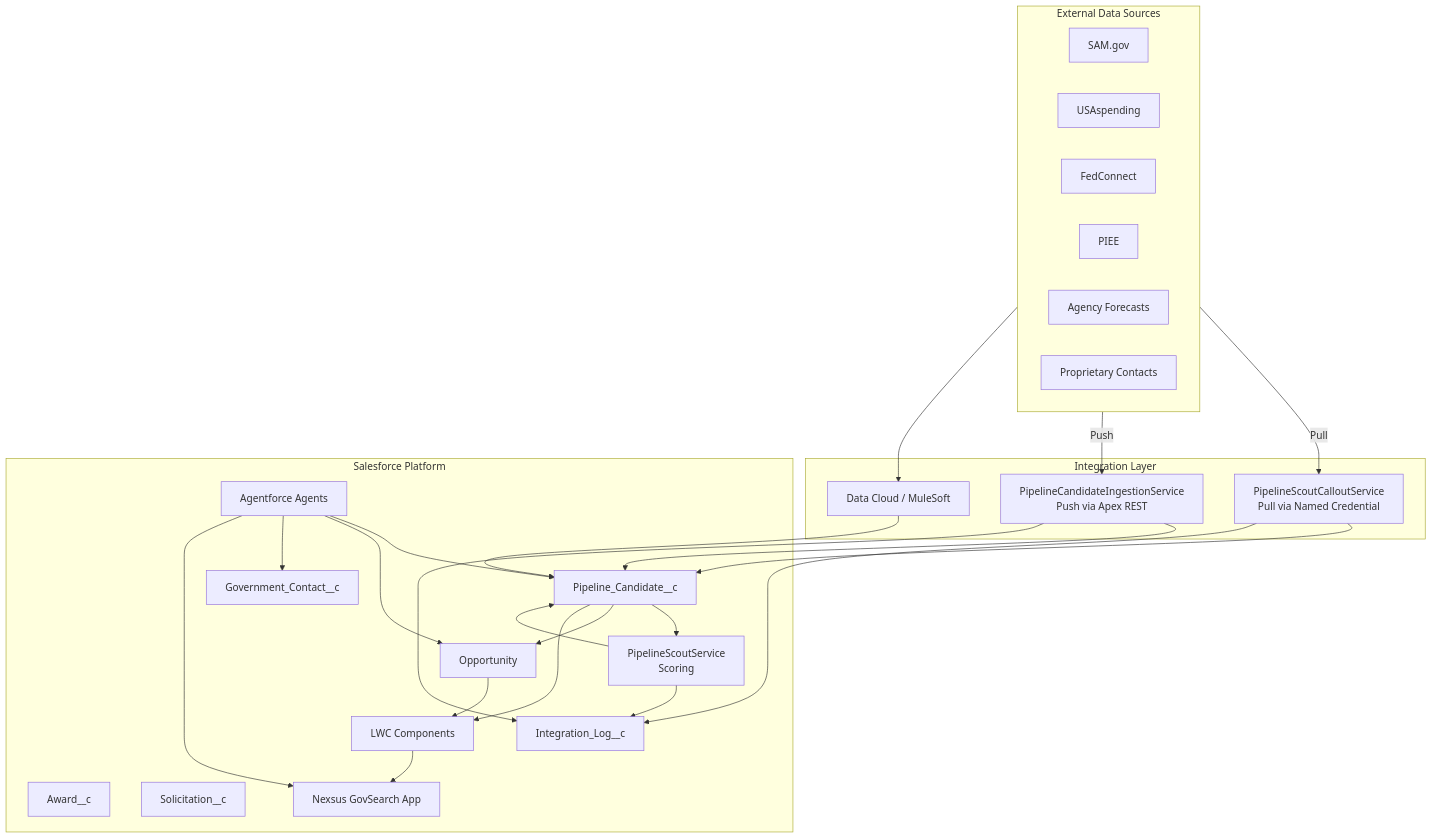
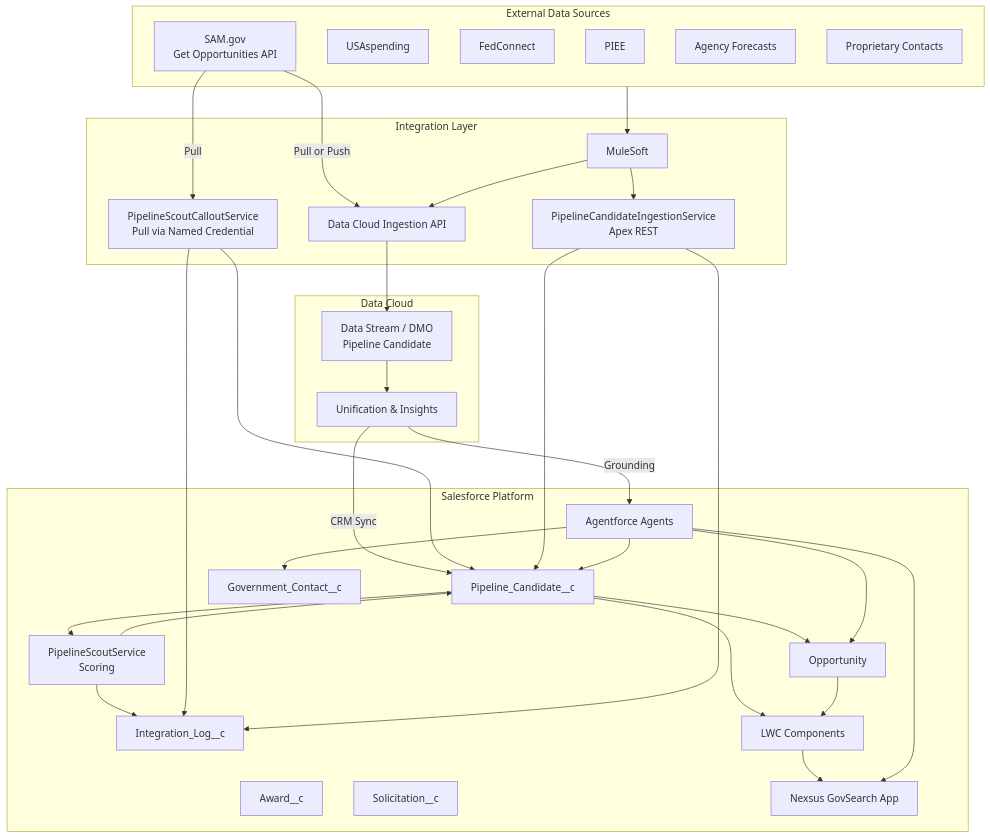
The first of 8 diagrams in docs/diagrams.md (Hectorcaban-sudo/Nexsus-GovSearch), drawn with Mermaid before and after one commit. The commit also changed other lines of this file and 1 other file, not shown here.

Commit message:
Add Data Cloud Ingestion API guidance, SAM.gov mappings, and updated diagrams

````diff
--- a/docs/diagrams.md
+++ b/docs/diagrams.md
@@ -7,53 +7,65 @@
 ```mermaid
 flowchart TD
     subgraph External["External Data Sources"]
-        SAM[SAM.gov]
+        SAM[SAM.gov<br/>Get Opportunities API]
         USA[USAspending]
         FC[FedConnect]
         PIEE[PIEE]
         Forecasts[Agency Forecasts]
         Contacts[Proprietary Contacts]
     end
 
     subgraph Integration["Integration Layer"]
+        DCIngest[Data Cloud Ingestion API]
         Callout[PipelineScoutCalloutService<br/>Pull via Named Credential]
-        Ingest[PipelineCandidateIngestionService<br/>Push via Apex REST]
-        DataCloud[Data Cloud / MuleSoft]
+        ApexIngest[PipelineCandidateIngestionService<br/>Apex REST]
+        Mule[MuleSoft]
+    end
+
+    subgraph DataCloud["Data Cloud"]
+        Stream[Data Stream / DMO<br/>Pipeline Candidate]
+        Enrich[Unification & Insights]
     end
 
     subgraph Salesforce["Salesforce Platform"]
         PC[Pipeline_Candidate__c]
         Opp[Opportunity]
         Award[Award__c]
         Sol[Solicitation__c]
         Contact[Government_Contact__c]
         Log[Integration_Log__c]
         Score[PipelineScoutService<br/>Scoring]
         Agents[Agentforce Agents]
         LWC[LWC Components]
         App[Nexsus GovSearch App]
     end
 
-    External -->|Pull| Callout
-    External -->|Push| Ingest
-    External --> DataCloud
+    SAM -->|Pull or Push| DCIngest
+    SAM -->|Pull| Callout
+    External --> Mule
+    Mule --> DCIngest
+    Mule --> ApexIngest
+
+    DCIngest --> Stream
+    Stream --> Enrich
+    Enrich -->|CRM Sync| PC
+    Enrich -->|Grounding| Agents
 
     Callout --> PC
-    Ingest --> PC
-    DataCloud --> PC
+    ApexIngest --> PC
 
     PC --> Score
     Score --> PC
     Score --> Log
     Callout --> Log
-    Ingest --> Log
+    ApexIngest --> Log
 
     PC --> Opp
     PC --> LWC
     Opp --> LWC
     Agents --> PC
     Agents --> Opp
     Agents --> Contact
     LWC --> App
     Agents --> App
 ```
````
